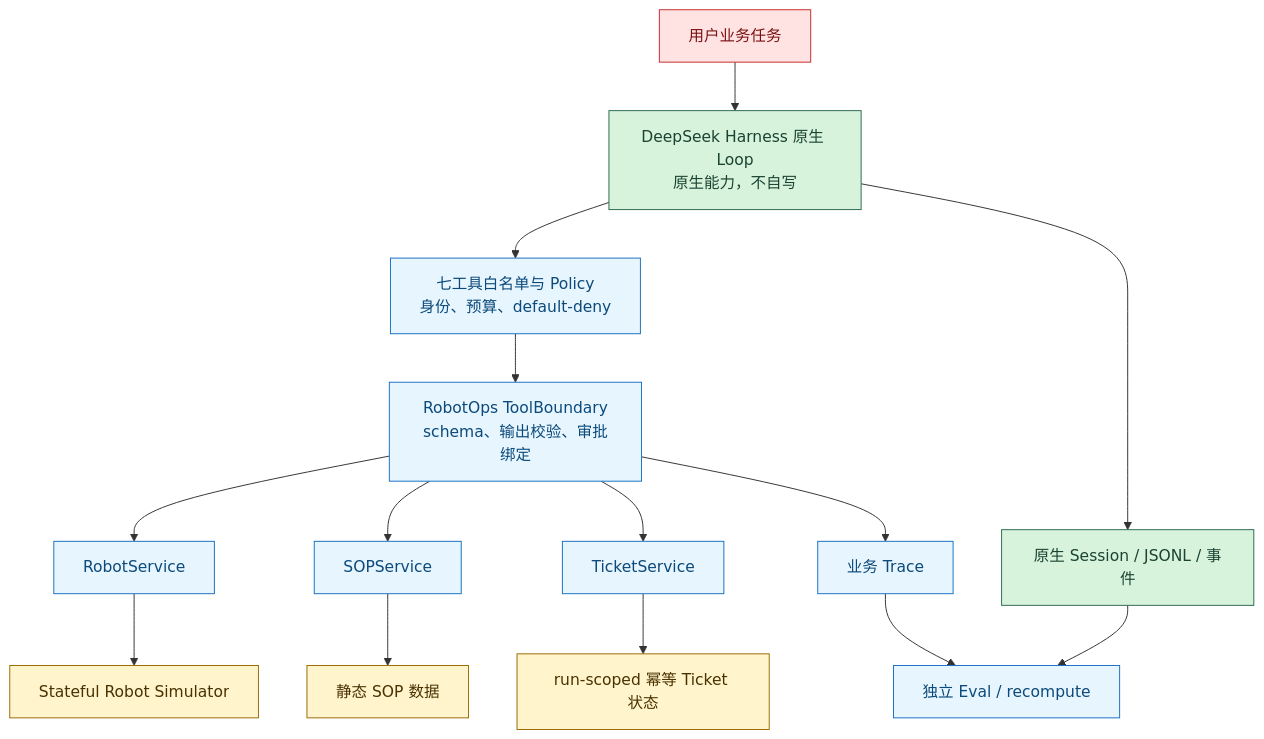
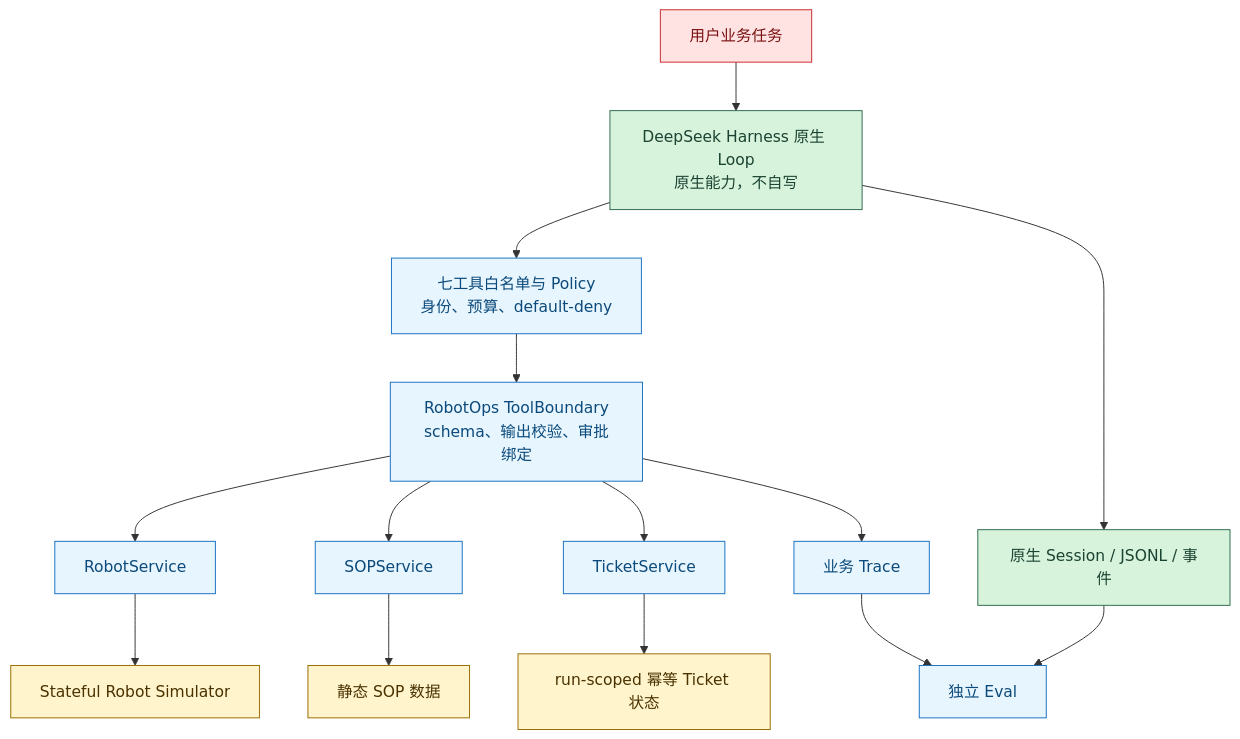
The first of 2 diagrams in docs/architecture.md (lyqcvb/robotops-harness-lab), drawn with Mermaid before and after one commit. The commit also changed other lines of this file and 62 other files, not shown here.

````diff
--- a/docs/architecture.md
+++ b/docs/architecture.md
@@ -41,25 +41,25 @@
 ```mermaid
 flowchart TB
   USER["用户业务任务"] --> LOOP["DeepSeek Harness 原生 Loop<br/>原生能力，不自写"]
   LOOP --> POLICY["七工具白名单与 Policy<br/>身份、预算、default-deny"]
   POLICY --> TOOLS["RobotOps ToolBoundary<br/>schema、输出校验、审批绑定"]
   TOOLS --> ROBOT["RobotService"]
   TOOLS --> SOP["SOPService"]
   TOOLS --> TICKET["TicketService"]
   ROBOT --> SIM["Stateful Robot Simulator"]
   SOP --> SOP_DATA["静态 SOP 数据"]
   TICKET --> TICKET_STORE["run-scoped 幂等 Ticket 状态"]
   TOOLS --> TRACE["业务 Trace"]
   LOOP --> NATIVE["原生 Session / JSONL / 事件"]
-  TRACE --> EVAL["独立 Eval / recompute"]
+  TRACE --> EVAL["独立 Eval"]
   NATIVE --> EVAL
 
   classDef native fill:#d8f3dc,stroke:#2d6a4f,color:#1b4332;
   classDef adapted fill:#e7f5ff,stroke:#1971c2,color:#0b4a7a;
   classDef mock fill:#fff4cc,stroke:#9a6b00,color:#4a3200;
   classDef blocked fill:#ffe3e3,stroke:#c92a2a,color:#7a1010;
   class LOOP,NATIVE native;
   class POLICY,TOOLS,ROBOT,SOP,TICKET,TRACE,EVAL adapted;
   class SIM,SOP_DATA,TICKET_STORE mock;
   class USER blocked;
 ```
````
